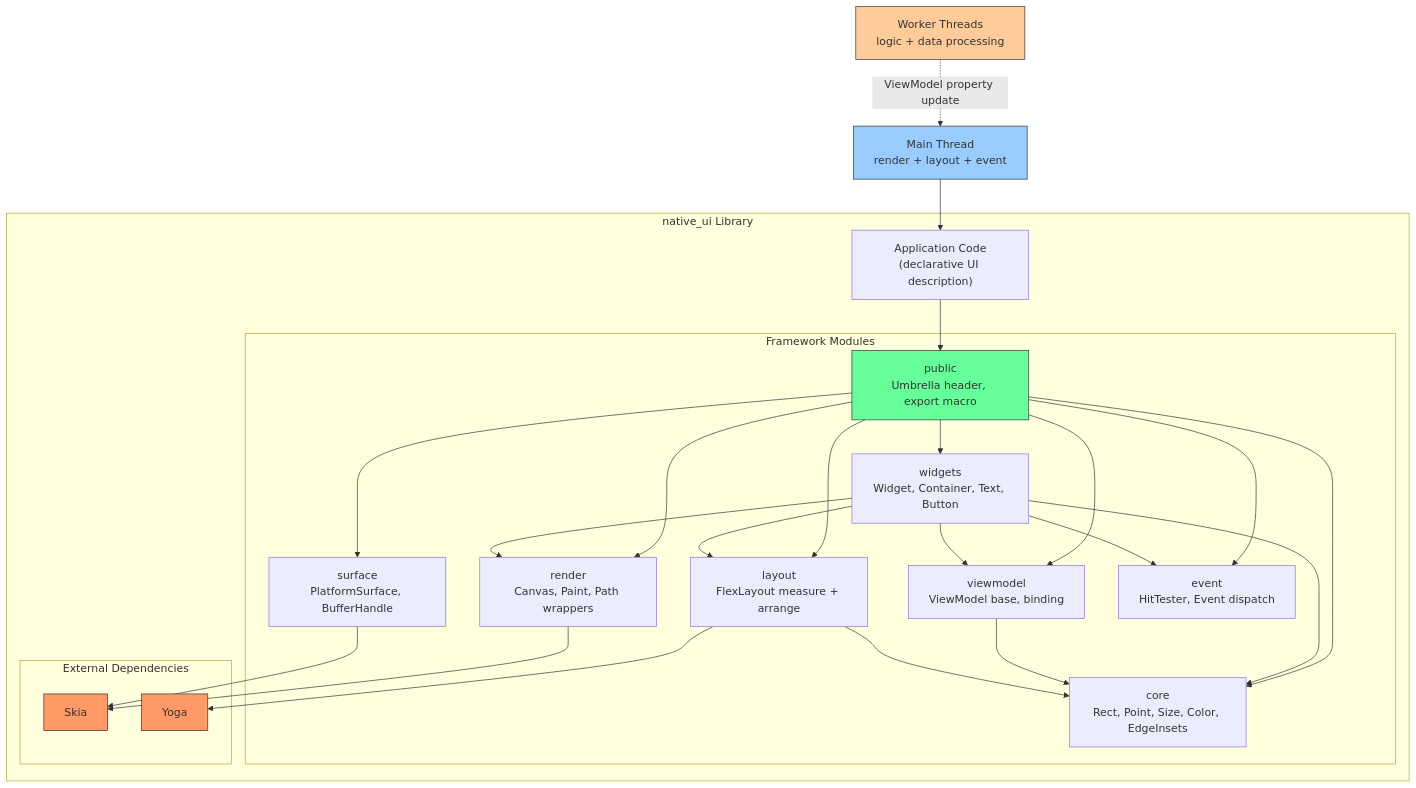
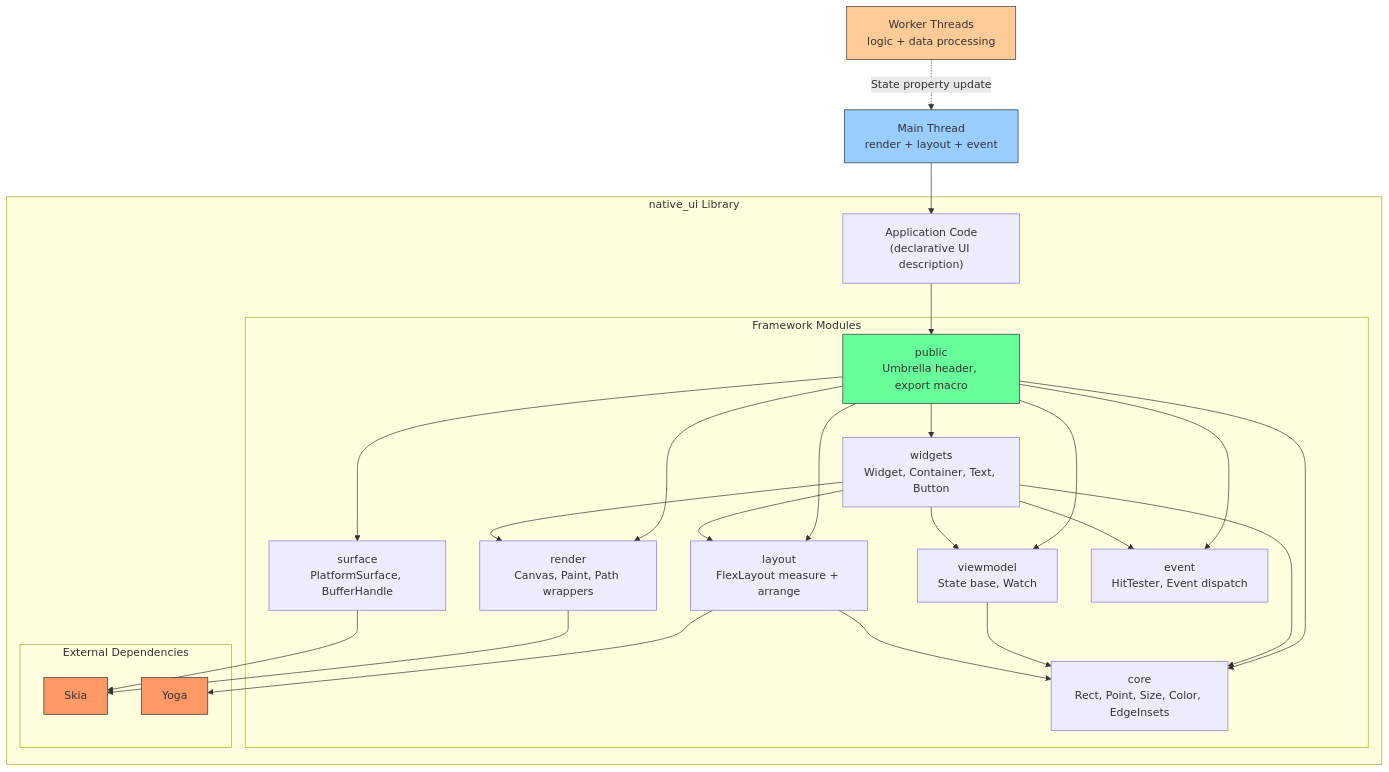
One commit to oxsource/native_ui changed the first of 7 diagrams in specs/002-architecture-engineering-design/plan.md. Above: the diagram before and after it, drawn with Mermaid. The commit also changed other lines of this file and 15 other files, not shown here.

First line of the commit message:
docs(arch): rename ViewModel to State, add 8 architecture design docs, create viewmodel module stub

````diff
--- a/specs/002-architecture-engineering-design/plan.md
+++ b/specs/002-architecture-engineering-design/plan.md
@@ -110,53 +110,53 @@
 ```mermaid
 graph TD
     subgraph "native_ui Library"
         APP["Application Code<br/>(declarative UI description)"]
         
         subgraph "Framework Modules"
             CORE["core<br/>Rect, Point, Size, Color, EdgeInsets"]
             LAYOUT["layout<br/>FlexLayout measure + arrange"]
             RENDER["render<br/>Canvas, Paint, Path wrappers"]
             SURFACE["surface<br/>PlatformSurface, BufferHandle"]
             WIDGETS["widgets<br/>Widget, Container, Text, Button"]
-            VIEWMODEL["viewmodel<br/>ViewModel base, binding"]
+            VIEWMODEL["viewmodel<br/>State base, Watch"]
             EVENT["event<br/>HitTester, Event dispatch"]
             PUBLIC["public<br/>Umbrella header, export macro"]
         end
         
         subgraph "External Dependencies"
             SKIA["Skia"]
             YOGA["Yoga"]
         end
         
         APP --> PUBLIC
         PUBLIC --> WIDGETS
         PUBLIC --> VIEWMODEL
         PUBLIC --> LAYOUT
         PUBLIC --> RENDER
         PUBLIC --> EVENT
         PUBLIC --> SURFACE
         PUBLIC --> CORE
         WIDGETS --> CORE
         WIDGETS --> VIEWMODEL
         WIDGETS --> LAYOUT
         WIDGETS --> RENDER
         WIDGETS --> EVENT
         VIEWMODEL --> CORE
         LAYOUT --> CORE
         LAYOUT --> YOGA
         RENDER --> SKIA
         SURFACE --> SKIA
     end
 
     MT["Main Thread<br/>render + layout + event"]
     WT["Worker Threads<br/>logic + data processing"]
 
     MT --> APP
-    WT -.->|ViewModel property update| MT
+    WT -.->|State property update| MT
 
     style SKIA fill:#f96,stroke:#333
     style YOGA fill:#f96,stroke:#333
     style PUBLIC fill:#6f9,stroke:#333
     style MT fill:#9cf,stroke:#333
     style WT fill:#fc9,stroke:#333
 ```
````
